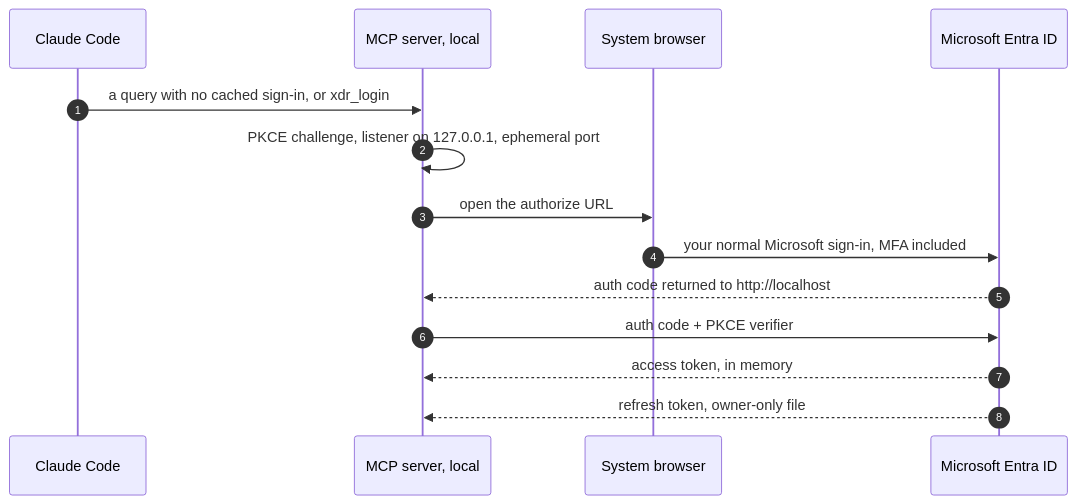
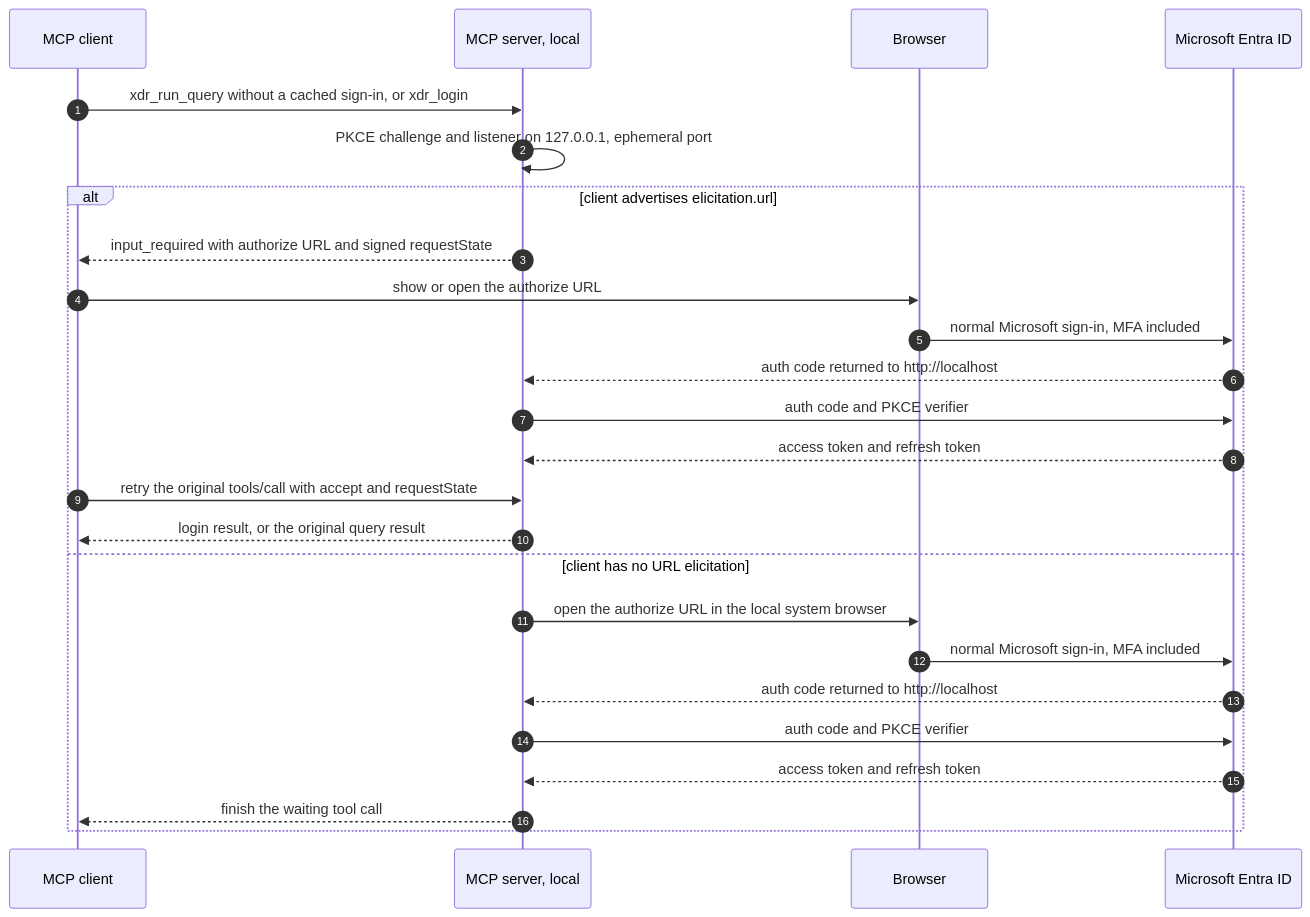
Before and after one commit to andrewtchilds/claude-defender-xdr: the third of 3 diagrams in docs/architecture.md, drawn with Mermaid. The commit also changed other lines of this file and 13 other files, not shown here.

Commit message:
Migrate MCP server to v2 MRTR sign-in

````diff
--- a/docs/architecture.md
+++ b/docs/architecture.md
@@ -120,17 +120,28 @@
 ```mermaid
 sequenceDiagram
   autonumber
-  participant Code as Claude Code
+  participant Code as MCP client
   participant MCP as MCP server, local
-  participant Browser as System browser
+  participant Browser as Browser
   participant Entra as Microsoft Entra ID
 
-  Code->>MCP: a query with no cached sign-in, or xdr_login
-  MCP->>MCP: PKCE challenge, listener on 127.0.0.1, ephemeral port
-  MCP->>Browser: open the authorize URL
-  Browser->>Entra: your normal Microsoft sign-in, MFA included
-  Entra-->>MCP: auth code returned to http://localhost
-  MCP->>Entra: auth code + PKCE verifier
-  Entra-->>MCP: access token, in memory
-  Entra-->>MCP: refresh token, owner-only file
+  Code->>MCP: xdr_run_query without a cached sign-in, or xdr_login
+  MCP->>MCP: PKCE challenge and listener on 127.0.0.1, ephemeral port
+  alt client advertises elicitation.url
+    MCP-->>Code: input_required with authorize URL and signed requestState
+    Code->>Browser: show or open the authorize URL
+    Browser->>Entra: normal Microsoft sign-in, MFA included
+    Entra-->>MCP: auth code returned to http://localhost
+    MCP->>Entra: auth code and PKCE verifier
+    Entra-->>MCP: access token and refresh token
+    Code->>MCP: retry the original tools/call with accept and requestState
+    MCP-->>Code: login result, or the original query result
+  else client has no URL elicitation
+    MCP->>Browser: open the authorize URL in the local system browser
+    Browser->>Entra: normal Microsoft sign-in, MFA included
+    Entra-->>MCP: auth code returned to http://localhost
+    MCP->>Entra: auth code and PKCE verifier
+    Entra-->>MCP: access token and refresh token
+    MCP-->>Code: finish the waiting tool call
+  end
 ```
````
